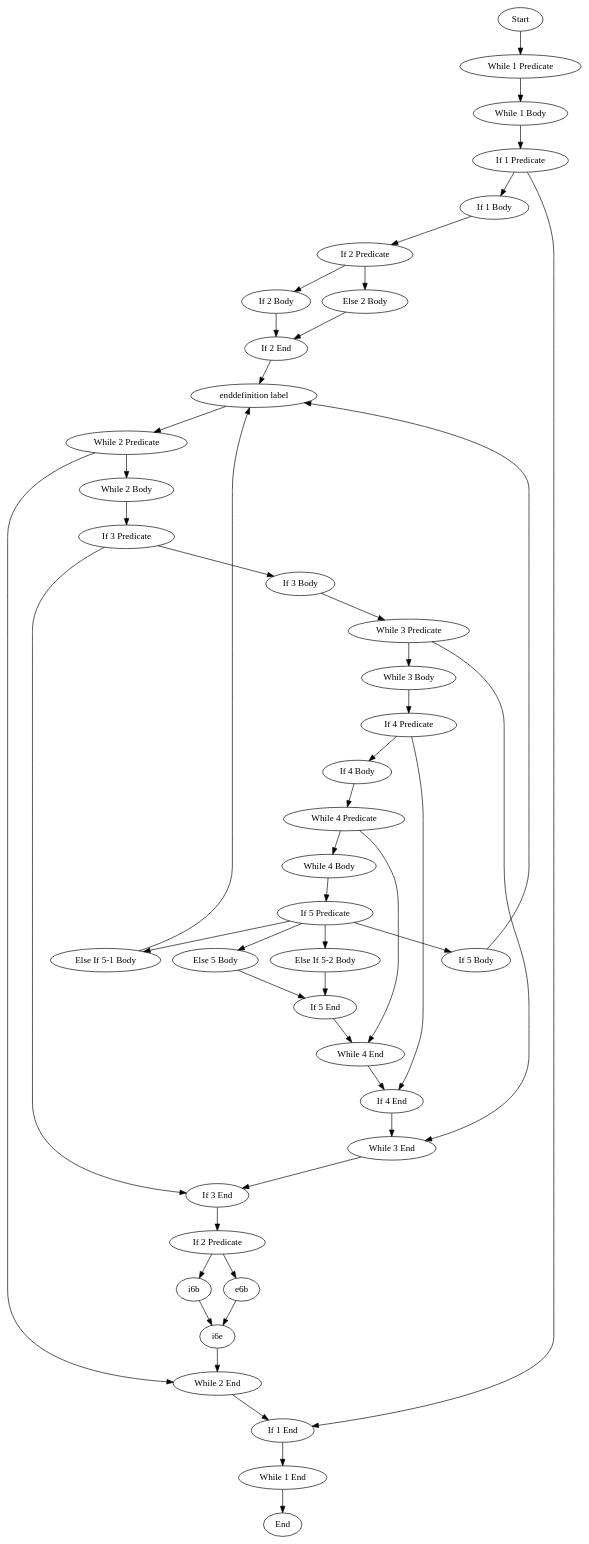
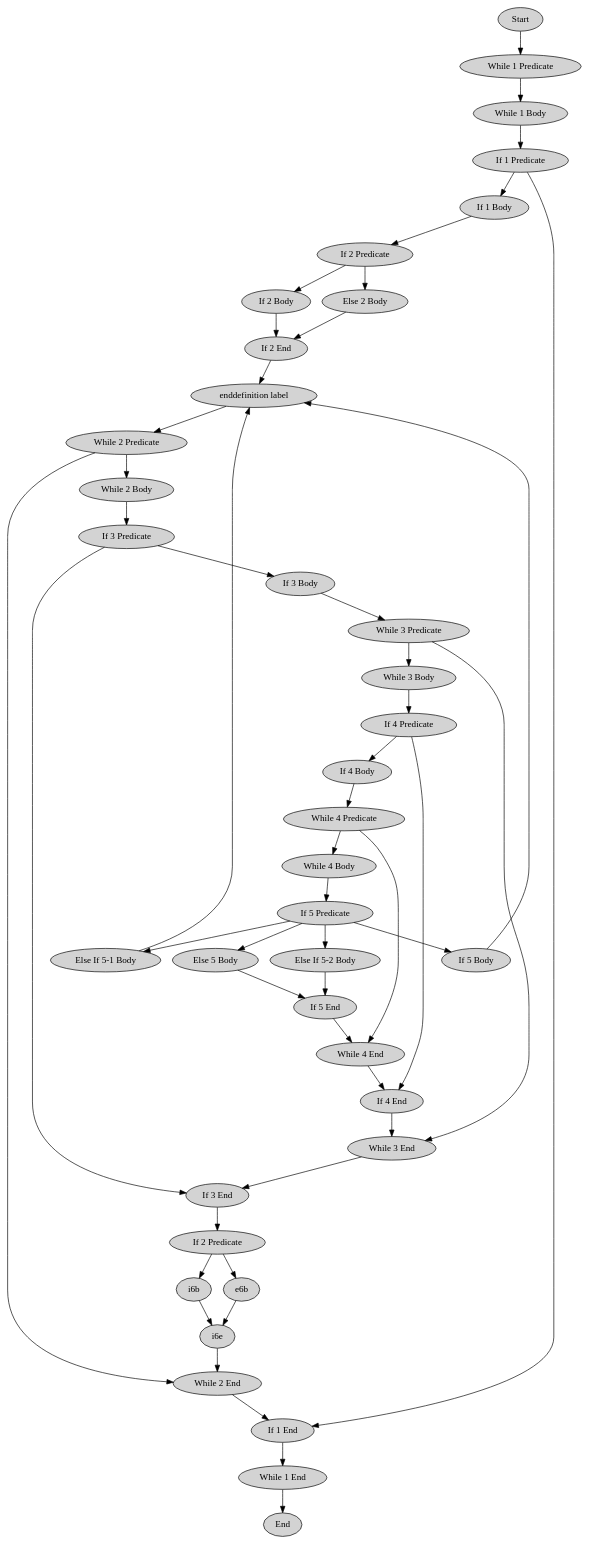
One commit to seanfisk/cpg-islands changed the diagram in papers/final/takai-jones-control-flow/diagram.dot. Above: the diagram before and after it, drawn with Graphviz. The commit also changed 4 other files, not shown here.

Commit message:
Polish up graphs.

```diff
--- a/papers/final/takai-jones-control-flow/diagram.dot
+++ b/papers/final/takai-jones-control-flow/diagram.dot
@@ -1,105 +1,104 @@
 // This is a control flow graph of the Takai-Jones script taking
-// `last' commands (basically gotos) into account. It is the official
-// version produced by us.
+// `last' commands (basically gotos) into account.
 digraph CpGTakaiJones {
-        // node [style=filled,fillcolor=lightgray];
+        node [style=filled,fillcolor=lightgray];
         start [label="Start"];
 
         w1p [label="While 1 Predicate"];
         w1b [label="While 1 Body"];
         w1e [label="While 1 End"];
 
         w2p [label="While 2 Predicate"];
         w2b [label="While 2 Body"];
         w2e [label="While 2 End"];
 
         w3p [label="While 3 Predicate"];
         w3b [label="While 3 Body"];
         w3e [label="While 3 End"];
 
         w4p [label="While 4 Predicate"];
         w4b [label="While 4 Body"];
         w4e [label="While 4 End"];
 
         i1p [label="If 1 Predicate"];
         i1b [label="If 1 Body"];
         i1e [label="If 1 End"];
 
         i2p [label="If 2 Predicate"];
         i2b [label="If 2 Body"];
         e2b [label="Else 2 Body"];
         i2e [label="If 2 End"];
 
         enddefinition [label="enddefinition label"];
 
         i3p [label="If 3 Predicate"];
         i3b [label="If 3 Body"];
         i3e [label="If 3 End"];
 
         i4p [label="If 4 Predicate"];
         i4b [label="If 4 Body"];
         i4e [label="If 4 End"];
 
         i5p [label="If 5 Predicate"];
         i5b [label="If 5 Body"];
         ei5_1b [label="Else If 5-1 Body"];
         ei5_2b [label="Else If 5-2 Body"];
         e5b [label="Else 5 Body"];
         i5e [label="If 5 End"];
 
         i6p [label="If 2 Predicate"];
         i2b [label="If 2 Body"];
         e2b [label="Else 2 Body"];
         i2e [label="If 2 End"];
 
         end [label="End"];
 
         start -> w1p;
         w1p -> w1b;
         w1b -> i1p
         i1p -> i1b
         i1p -> i1e
         i1b -> i2p
         i2p -> i2b
         i2p -> e2b
         i2b -> i2e
         e2b -> i2e
         i2e -> enddefinition
         enddefinition -> w2p
         w2p -> w2b
         w2p -> w2e
         w2b -> i3p
         i3p -> i3b
         i3p -> i3e
         i3b -> w3p
         w3p -> w3b
         w3p -> w3e
         w3b -> i4p
         i4p -> i4b
         i4p -> i4e
         i4b -> w4p
         w4p -> w4b
         w4p -> w4e
         w4b -> i5p
         i5p -> i5b
         i5p -> ei5_1b
         i5p -> ei5_2b
         i5p -> e5b
         i5b  -> enddefinition
         ei5_1b -> enddefinition
         ei5_2b -> i5e
         e5b -> i5e
         i5e -> w4e
         w4e -> i4e
         i4e -> w3e
         w3e -> i3e
         i3e -> i6p
         i6p -> i6b
         i6p -> e6b
         i6b -> i6e
         e6b -> i6e
         i6e -> w2e
         w2e -> i1e
         i1e -> w1e
         w1e -> end
 }
```
